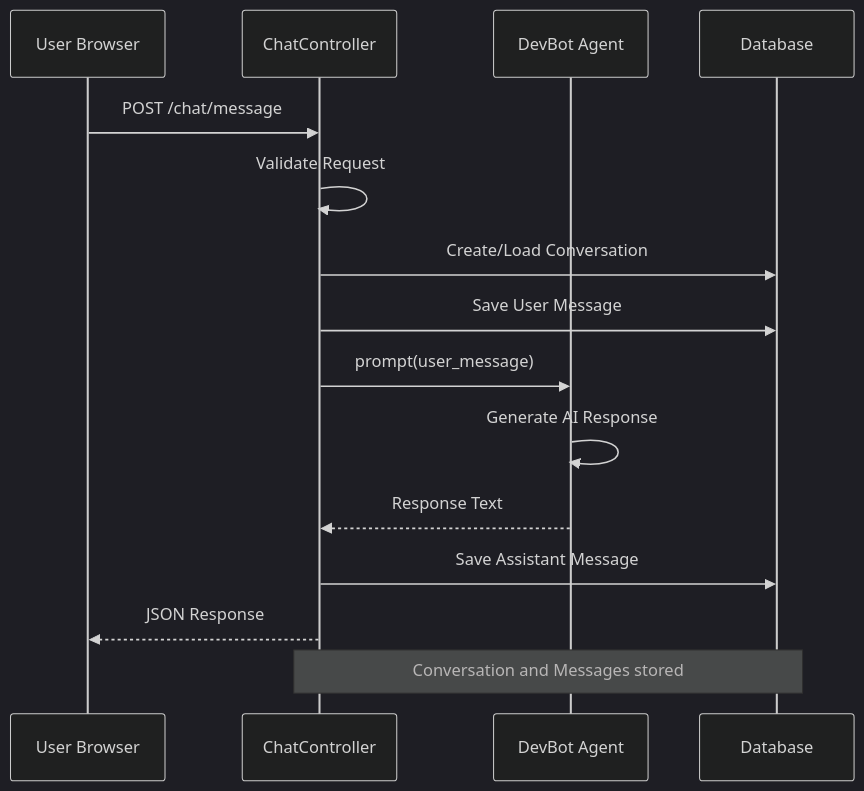
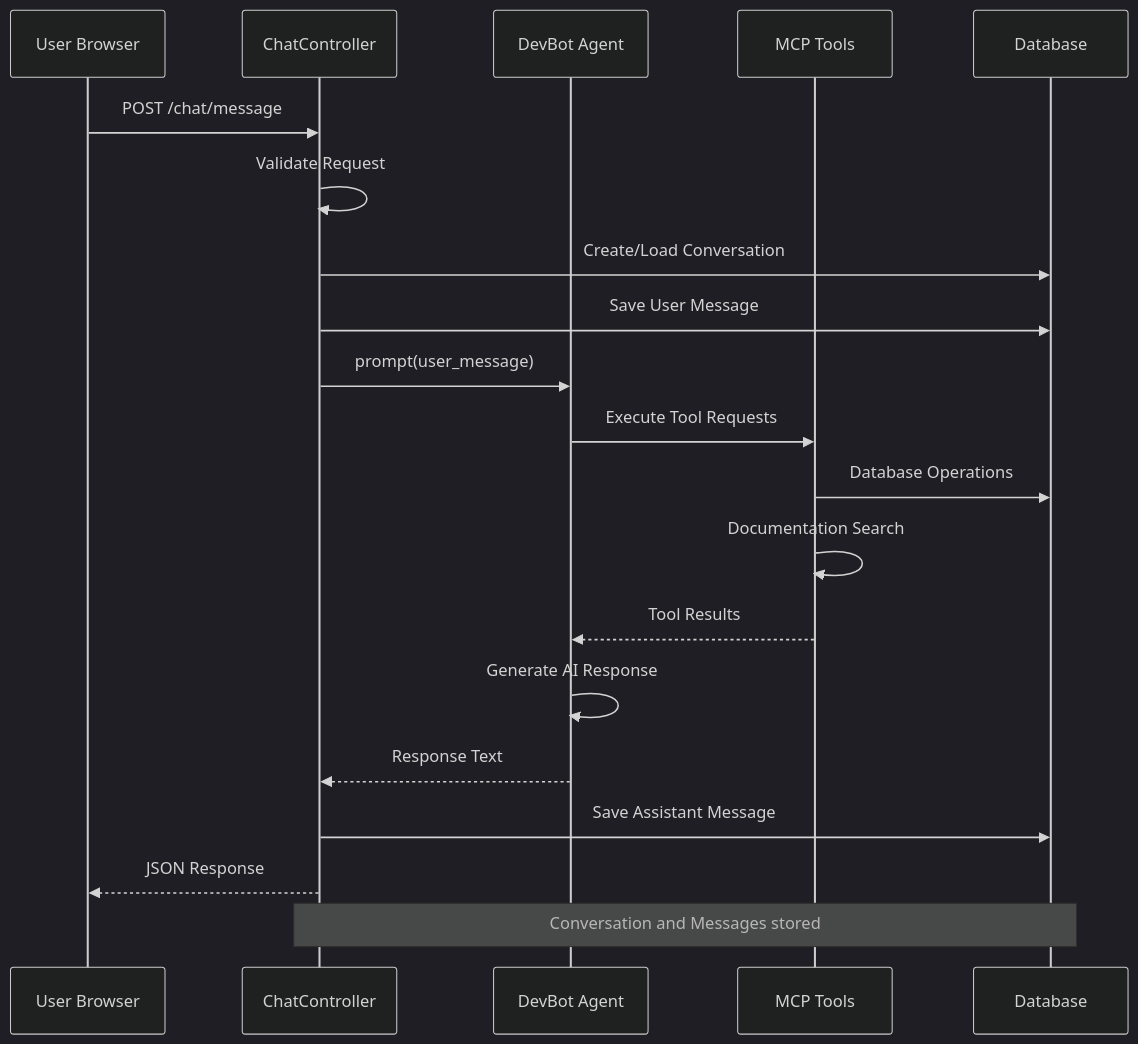
Before and after one commit to siimliimand/laravel-assistant: the third of 17 diagrams in .qoder/repowiki/en/content/AI Integration System/Agent System/DevBot AI Agent System.md, drawn with Mermaid (dark theme). The commit also changed other lines of this file and 4 other files, not shown here.

First line of the commit message:
docs(agent): document comprehensive MCP tool integration in DevBot AI agent system

````diff
--- a/.qoder/repowiki/en/content/AI Integration System/Agent System/DevBot AI Agent System.md
+++ b/.qoder/repowiki/en/content/AI Integration System/Agent System/DevBot AI Agent System.md
@@ -146,17 +188,22 @@
 ```mermaid
 sequenceDiagram
 participant User as User Browser
 participant Controller as ChatController
 participant Agent as DevBot Agent
+participant Tools as MCP Tools
 participant DB as Database
 User->>Controller : POST /chat/message
 Controller->>Controller : Validate Request
 Controller->>DB : Create/Load Conversation
 Controller->>DB : Save User Message
 Controller->>Agent : prompt(user_message)
+Agent->>Tools : Execute Tool Requests
+Tools->>DB : Database Operations
+Tools->>Tools : Documentation Search
+Tools-->>Agent : Tool Results
 Agent->>Agent : Generate AI Response
 Agent-->>Controller : Response Text
 Controller->>DB : Save Assistant Message
 Controller-->>User : JSON Response
 Note over Controller,DB : Conversation and Messages stored
 ```
````
